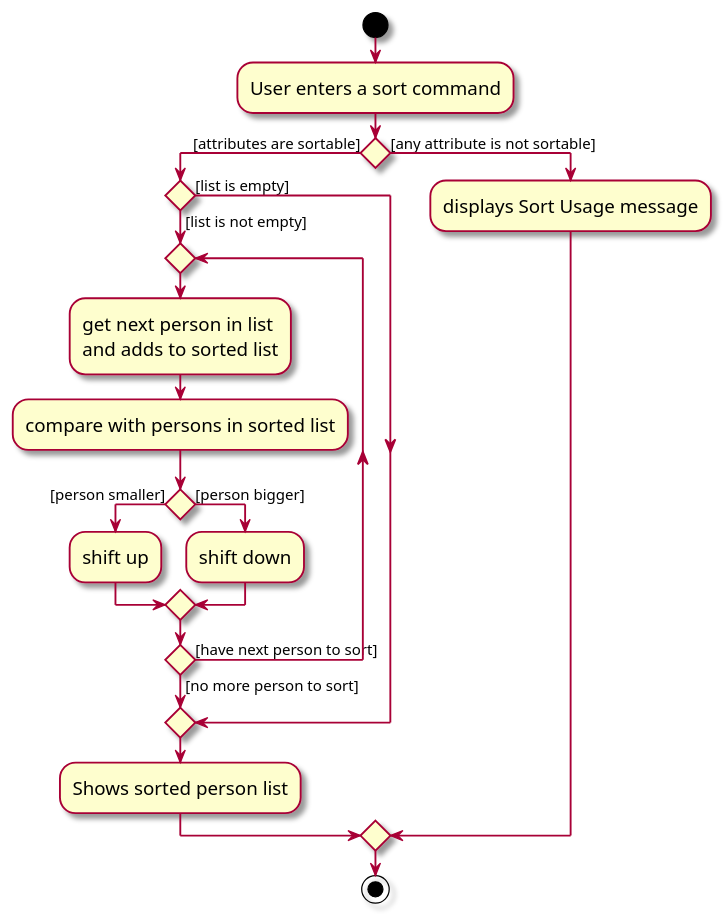
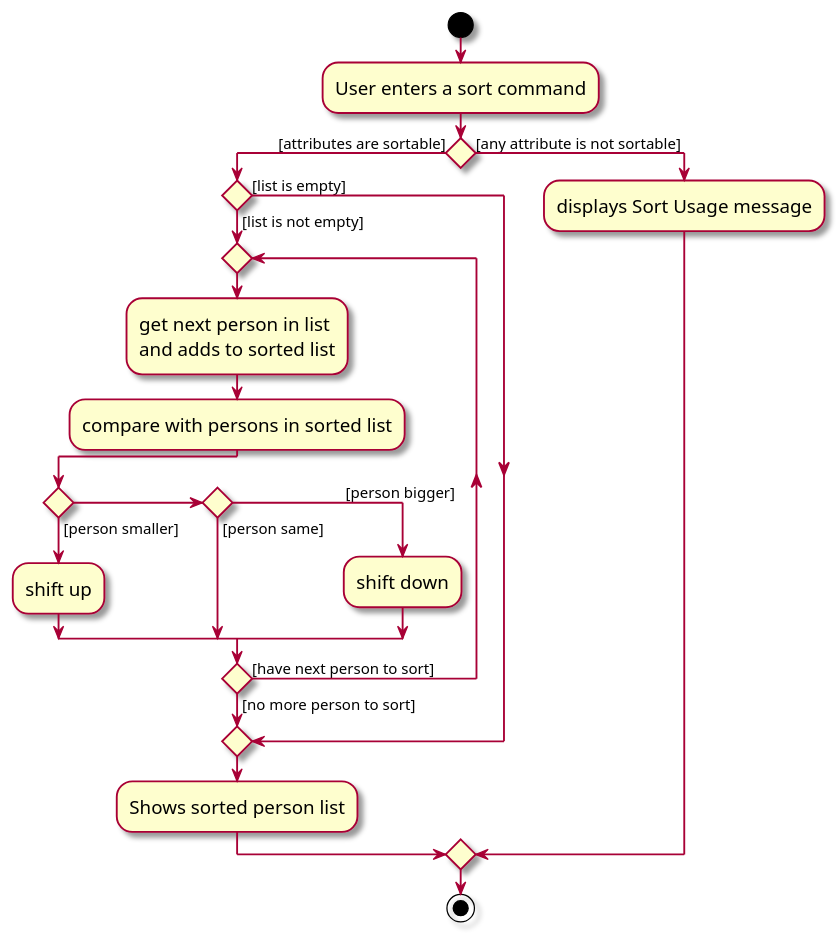
The diagram in docs/diagrams/SortActivityDiagram.puml (whitesnowx/tp), drawn with PlantUML before and after one commit.

Commit message:
add person same for activity diagram

```diff
--- a/docs/diagrams/SortActivityDiagram.puml
+++ b/docs/diagrams/SortActivityDiagram.puml
@@ -1,29 +1,30 @@
 @startuml
 skin rose
 skinparam ActivityFontSize 15
 skinparam ArrowFontSize 12
 start
 :User enters a sort command;
 
 
 if() then ([attributes are sortable])
     if () then ([list is not empty])
         repeat
             :get next person in list
             and adds to sorted list;
             :compare with persons in sorted list;
             if () then ([person smaller])
                 :shift up;
-            else ([person bigger])
+            else if () then ([person same])
+            else (                             [person bigger])
                 :shift down;
             endif
         repeat while () is ([have next person to sort]) not ([no more person to sort])
 
     else ([list is empty])
     endif
     :Shows sorted person list;
 else([any attribute is not sortable])
     :displays Sort Usage message;
 endif
 stop
 @enduml
```
